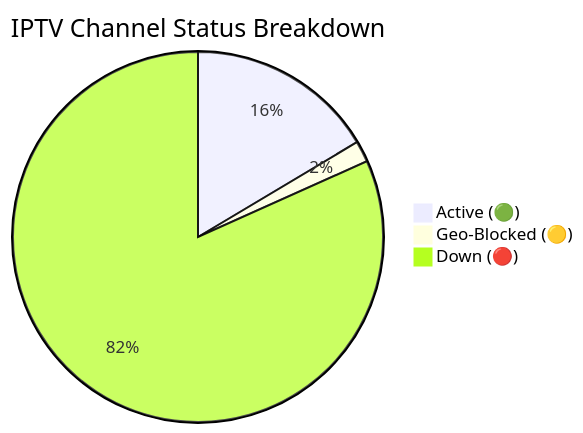
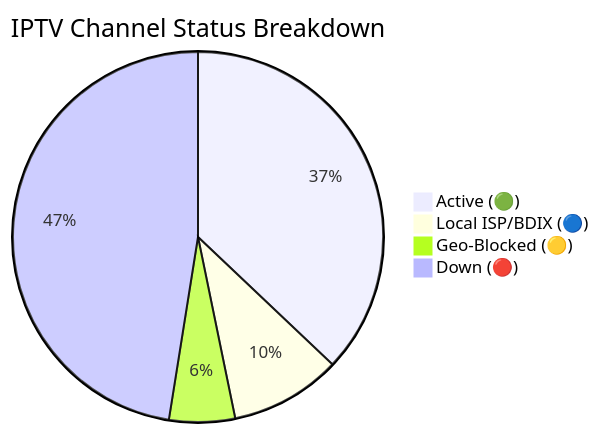
The diagram in README.md (Zaman-Topu/Ip-tv-Collection), drawn with Mermaid before and after one commit. The commit also changed other lines of this file and 1 other file, not shown here.

Commit message:
docs(readme): auto-update daily channel status chart

````diff
--- a/README.md
+++ b/README.md
@@ -58,6 +59,7 @@
 ```mermaid
 pie title IPTV Channel Status Breakdown
-    "Active (🟢)" : 5318
-    "Geo-Blocked (🟡)" : 599
-    "Down (🔴)" : 26438
+    "Active (🟢)" : 2930
+    "Local ISP/BDIX (🔵)" : 767
+    "Geo-Blocked (🟡)" : 454
+    "Down (🔴)" : 3753
 ```
````
